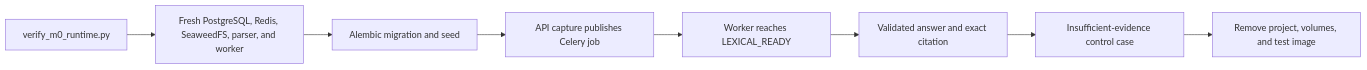
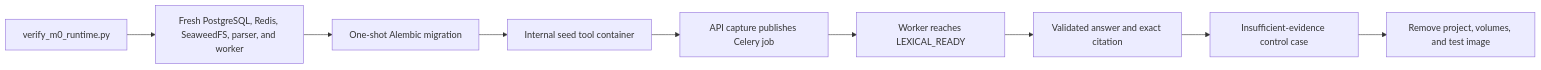
The ninth of 10 diagrams in backend/scripts/README.md (rnkraus/investment-research), drawn with Mermaid before and after one commit. The commit also changed other lines of this file and 11 other files, not shown here.

````diff
--- a/backend/scripts/README.md
+++ b/backend/scripts/README.md
@@ -218,10 +239,11 @@
 ```mermaid
 flowchart LR
     COMMAND[verify_m0_runtime.py] --> STACK[Fresh PostgreSQL, Redis, SeaweedFS, parser, and worker]
-    STACK --> MIGRATE[Alembic migration and seed]
-    MIGRATE --> CAPTURE[API capture publishes Celery job]
+    STACK --> MIGRATE[One-shot Alembic migration]
+    MIGRATE --> SEED[Internal seed tool container]
+    SEED --> CAPTURE[API capture publishes Celery job]
     CAPTURE --> READY[Worker reaches LEXICAL_READY]
     READY --> ANSWER[Validated answer and exact citation]
     ANSWER --> REFUSE[Insufficient-evidence control case]
     REFUSE --> CLEANUP[Remove project, volumes, and test image]
 ```
````
